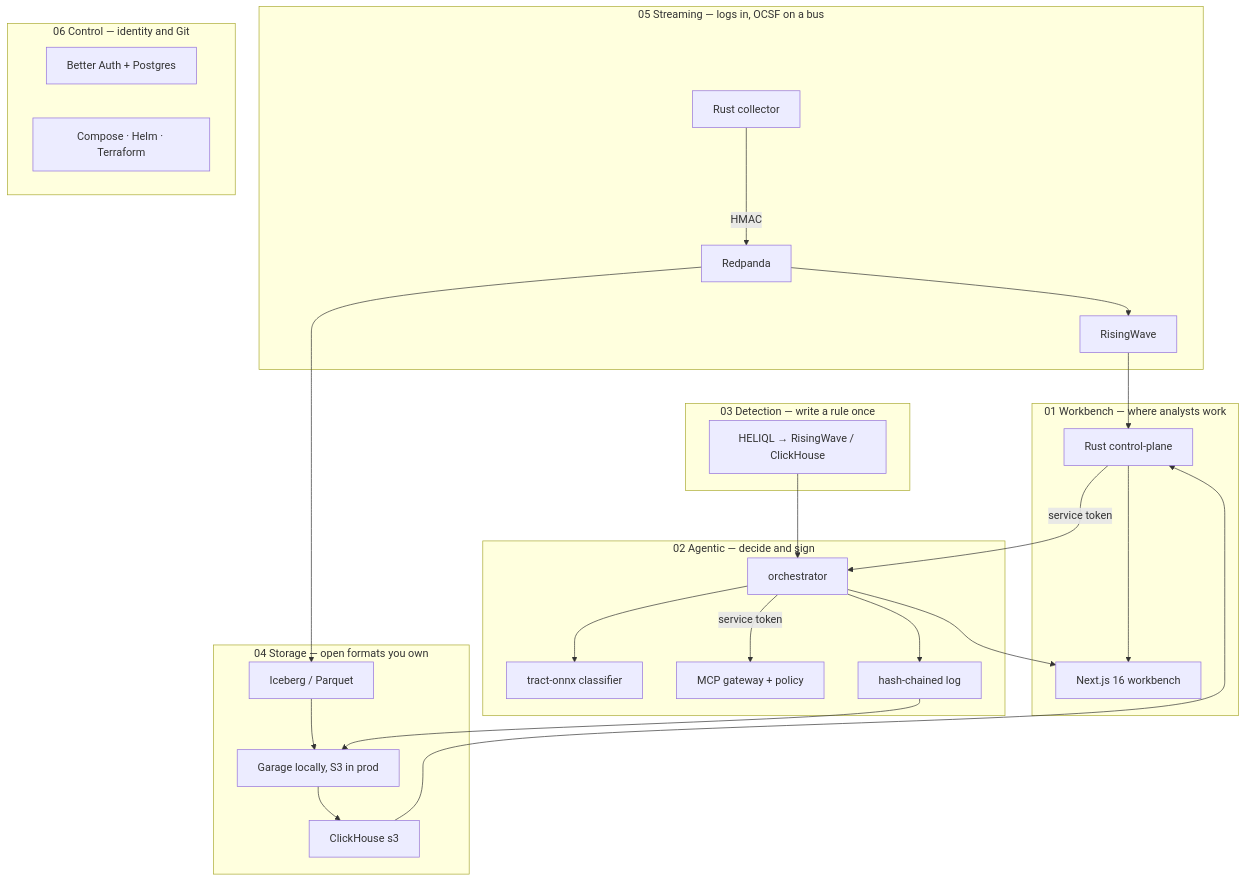
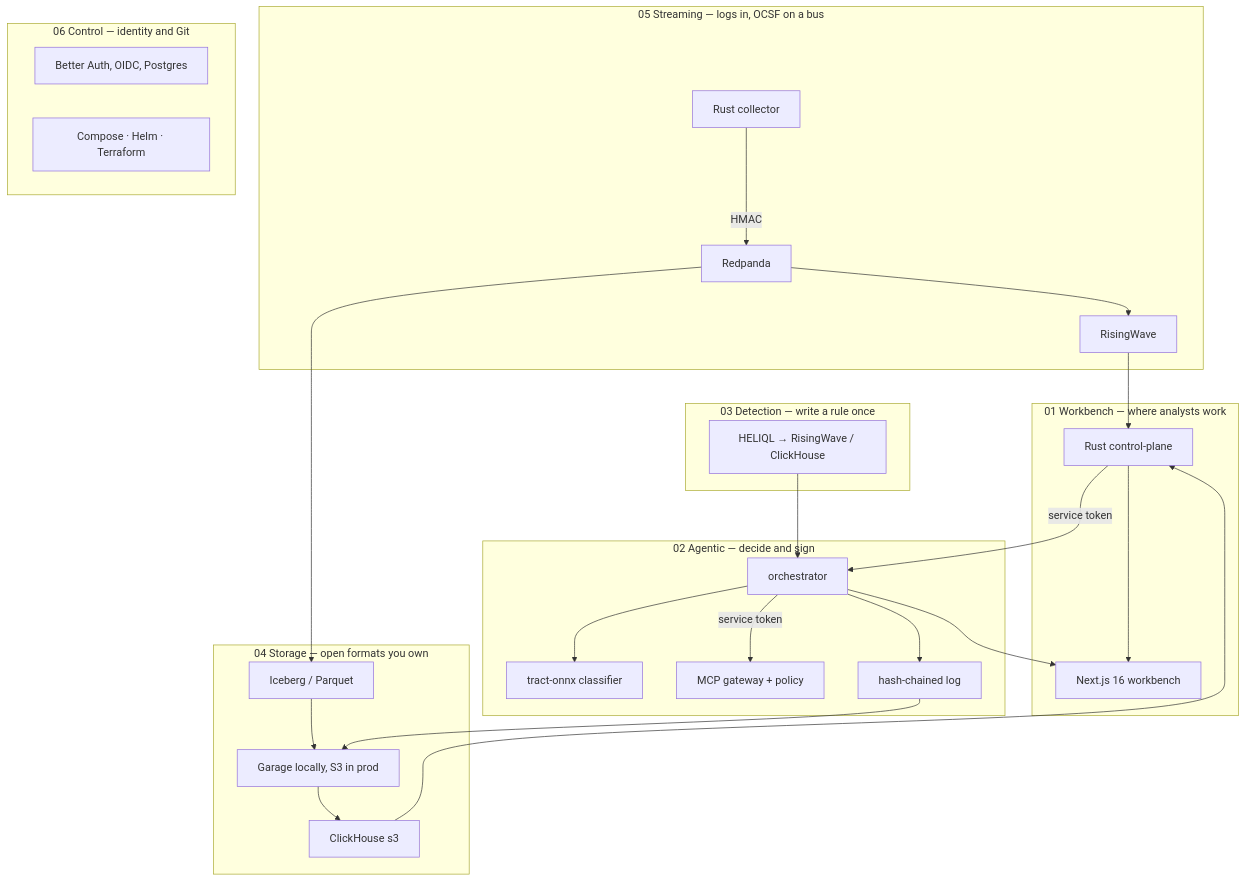
One commit to mhomaid/attest changed the second of 4 diagrams in README.md. Above: the diagram before and after it, drawn with Mermaid. The commit also changed other lines of this file and 1 other file, not shown here.

First line of the commit message:
fix(auth,docs): record rejections after other tests, and match the README to main [T-010]

````diff
--- a/README.md
+++ b/README.md
@@ -81,43 +82,43 @@
 ```mermaid
 flowchart TB
   subgraph Workbench["01 Workbench — where analysts work"]
     WB[Next.js 16 workbench]
     CP[Rust control-plane]
   end
   subgraph Agentic["02 Agentic — decide and sign"]
     Orch[orchestrator]
     ONNX[tract-onnx classifier]
     MCP[MCP gateway + policy]
     Att[hash-chained log]
   end
   subgraph Detection["03 Detection — write a rule once"]
     HQ[HELIQL → RisingWave / ClickHouse]
   end
   subgraph Storage["04 Storage — open formats you own"]
     IB[Iceberg / Parquet]
     GR[Garage locally, S3 in prod]
     CH[ClickHouse s3]
   end
   subgraph Streaming["05 Streaming — logs in, OCSF on a bus"]
     Col[Rust collector]
     RP[Redpanda]
     RW[RisingWave]
   end
   subgraph Control["06 Control — identity and Git"]
-    Auth[Better Auth + Postgres]
+    Auth[Better Auth, OIDC, Postgres]
     IaC[Compose · Helm · Terraform]
   end
 
   Col -->|HMAC| RP --> RW
   RP --> IB --> GR
   RW --> CP
   GR --> CH --> CP
   HQ --> Orch
   CP -->|service token| Orch
   Orch --> ONNX
   Orch -->|service token| MCP
   Orch --> Att
   Att --> GR
   CP --> WB
   Orch --> WB
 ```
````
